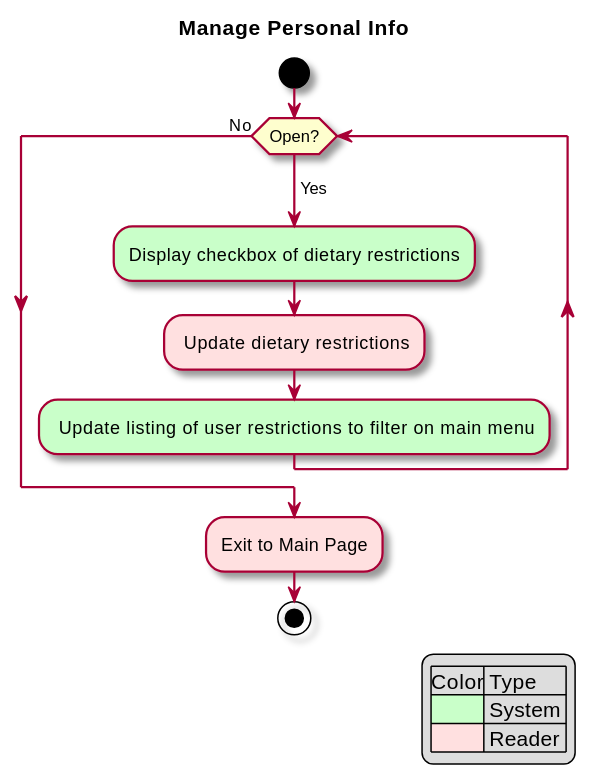
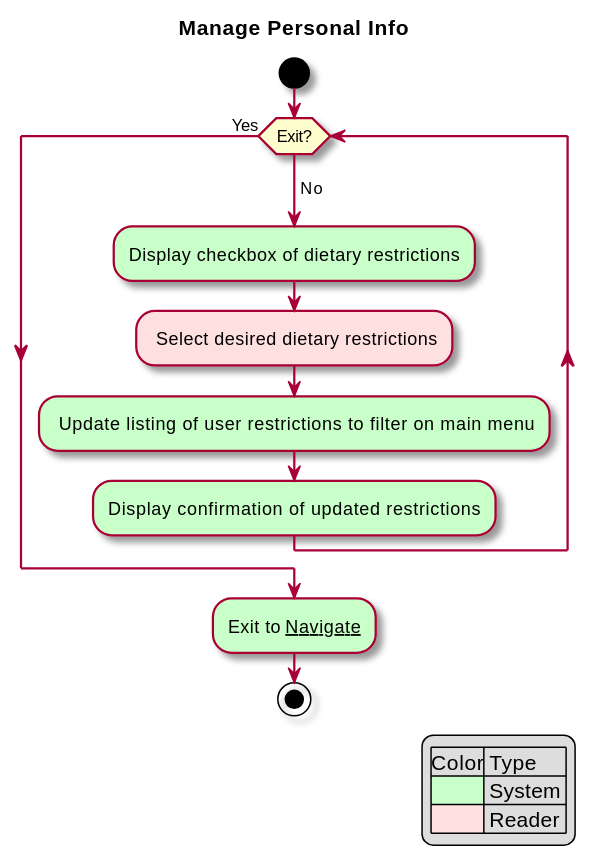
The diagram in intellij/doc/use-cases/manage-personal-info.md (sashap100/Vassar-Dining-App), drawn with PlantUML before and after one commit. The commit also changed other lines of this file and 2 other files, not shown here.

Commit message:
Updated all use cases to fully dressed

````diff
--- a/intellij/doc/use-cases/manage-personal-info.md
+++ b/intellij/doc/use-cases/manage-personal-info.md
@@ -21,20 +20,21 @@
 ```plantuml
 @startuml
 legend right
     |Color| Type |
     |<#technology>| System |
     |<#implementation>| Reader |
 endlegend
 skin rose
 title Manage Personal Info
 
 start
-while (Open?) is (\nYes)
+while (Exit?) is (\nNo)
 #technology:Display checkbox of dietary restrictions;
-#implementation: Update dietary restrictions;
+#implementation: Select desired dietary restrictions;
 #technology: Update listing of user restrictions to filter on main menu;
-endwhile (No)
-#implementation:Exit to Main Page;
+#technology:Display confirmation of updated restrictions;
+endwhile (Yes)
+#technology:Exit to __Navigate__;
 stop
 @enduml
 ```
````
